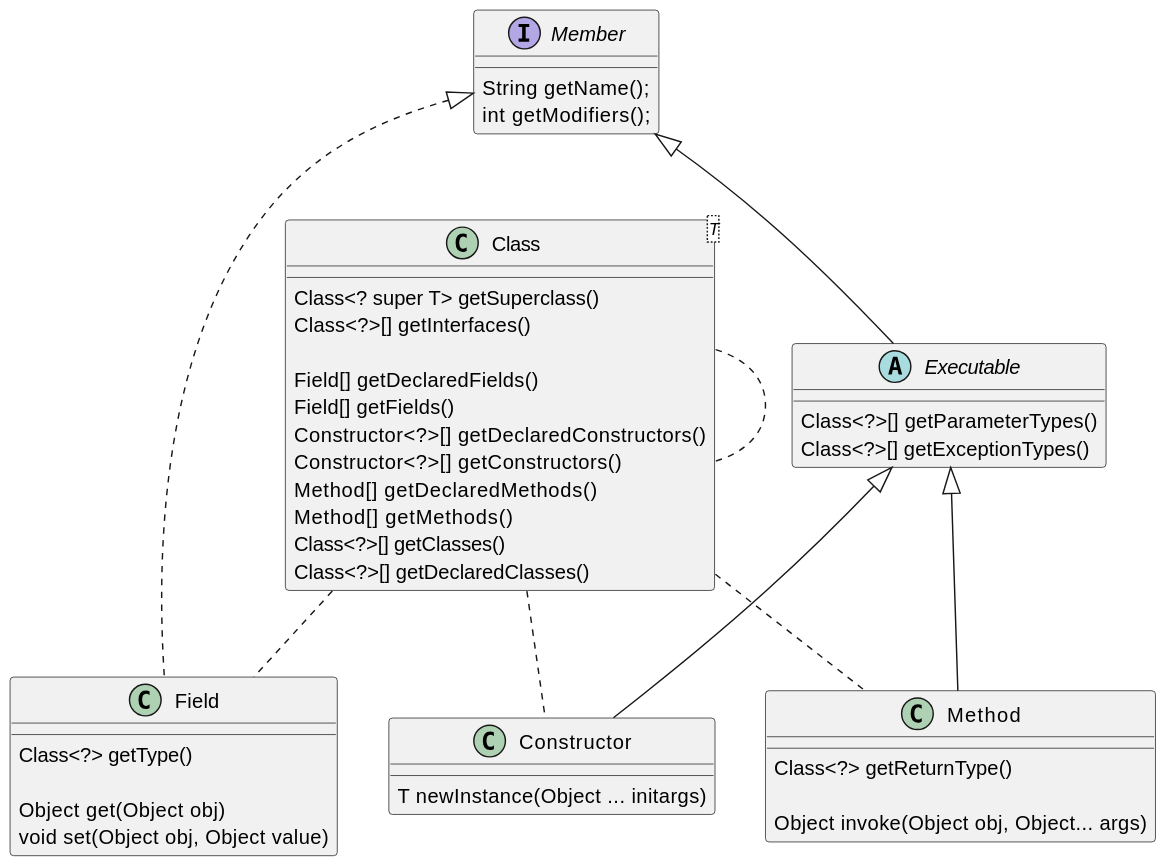
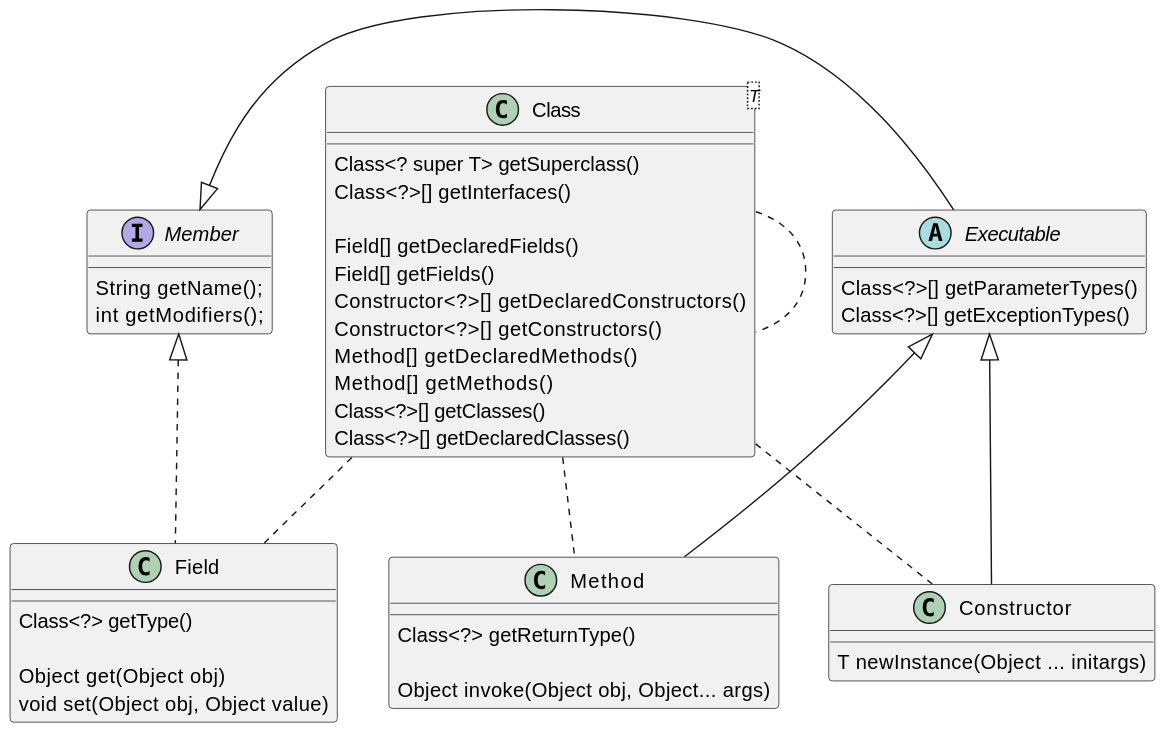
The second of 4 diagrams in slides11/src/main/asciidoc/lecture.adoc (inponomarev/java-mipt), drawn with PlantUML before and after one commit. The commit also changed other lines of this file, not shown here.

```diff
--- a/slides11/src/main/asciidoc/lecture.adoc
+++ b/slides11/src/main/asciidoc/lecture.adoc
@@ -569,62 +571,62 @@
 [plantuml, metaclass, png]
 ----
 @startuml
 
 skinparam dpi 150 
 
 class Class<T> {
   Class<? super T> getSuperclass()
    Class<?>[] getInterfaces()
   
   Field[] getDeclaredFields()
   Field[] getFields()
   Constructor<?>[] getDeclaredConstructors()
   Constructor<?>[] getConstructors()
   Method[] getDeclaredMethods()
   Method[] getMethods()
   Class<?>[] getClasses()
   Class<?>[] getDeclaredClasses()
 }
 
 
 abstract class Executable {
 Class<?>[] getParameterTypes()
 Class<?>[] getExceptionTypes()
 }
 
 interface Member {
   String getName();
   int getModifiers();
 }
 
-Member <|-- Executable 
+Member <|- Executable 
 
 class Constructor {
 T newInstance(Object ... initargs)
 }
 
 class Method {
 Class<?> getReturnType()
 
 Object invoke(Object obj, Object... args)
 }
 
 class Field {
   Class<?> getType()
   
   Object get(Object obj)
   void set(Object obj, Object value)
   
 }
 
 Executable <|-- Constructor
 Executable <|-- Method
-Member     <|.. Field
+Member     <|. Field
 
 Class .. Constructor
 Class .. Method
 Class .. Field
 Class .. Class
 
 @enduml
 ----
```
